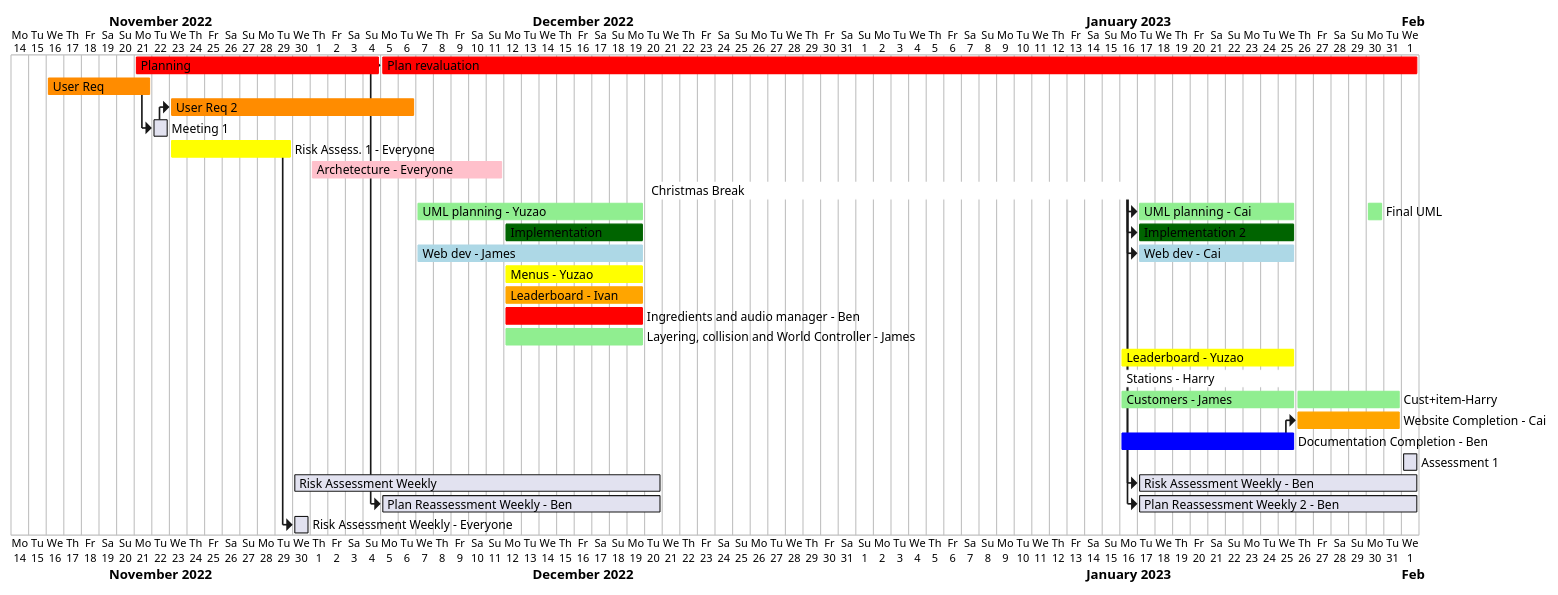
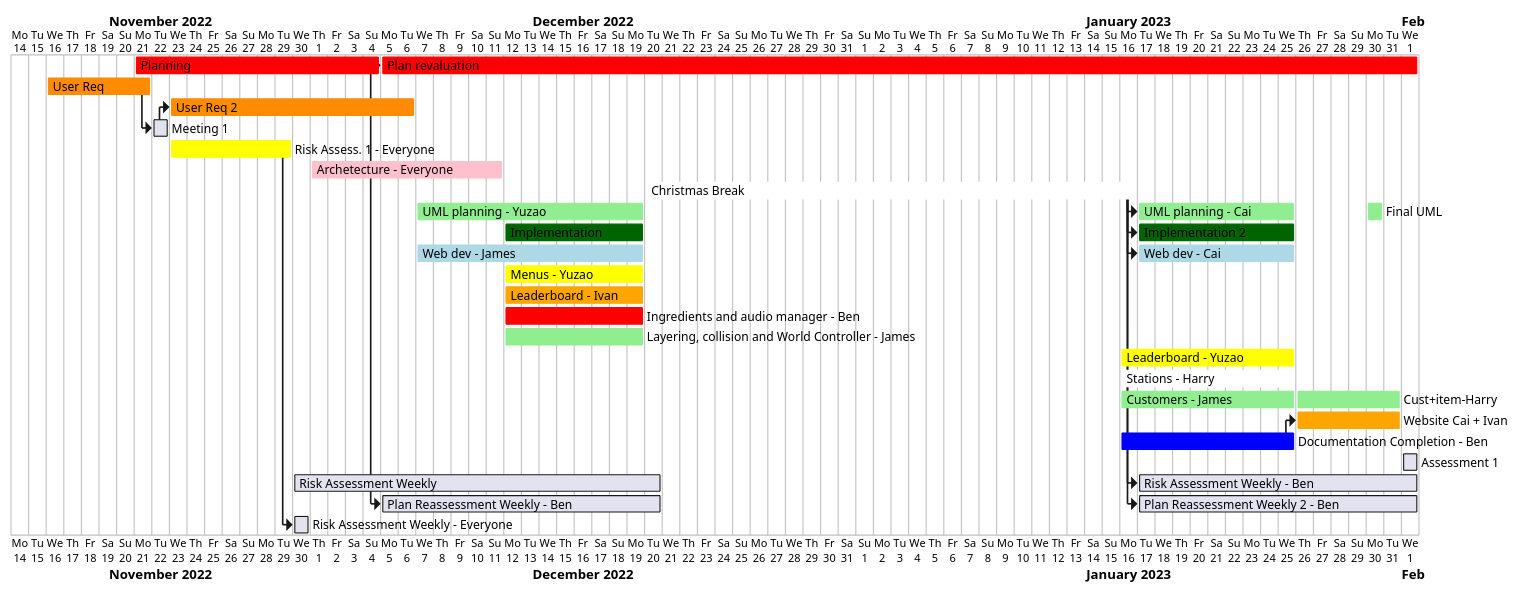
One commit to ENG1-TEAM3/project_eng1_team3 changed the diagram in gantts/gantt_chart_v1.4.puml. Above: the diagram before and after it, drawn with PlantUML. The commit also changed 3 other files, not shown here.

```diff
--- a/gantts/gantt_chart_v1.4.puml
+++ b/gantts/gantt_chart_v1.4.puml
@@ -1,79 +1,79 @@
 @startgantt
 
 Project starts 2022-11-14
 
 [Planning] starts 2022-11-21 and ends 2022-12-04
 
 [User Req] starts 2022-11-16 and ends 2022-11-21
 [User Req 2] starts 2022-11-23 and ends 2022-12-06
 
 [Meeting 1] starts at [User Req]'s end
 [User Req 2] starts at [Meeting 1]'s end
 
 [Risk Assess. 1 - Everyone] starts 2022-11-23 and ends 2022-11-29
 
 [Archetecture - Everyone] starts 2022-12-01 and ends 2022-12-11 and is colored in Pink
 
 [Christmas Break] starts 2022-12-20 and ends 2023-01-16 and is colored in White
 
 [UML planning - Yuzao] starts 2022-12-07 and ends 2022-12-19
 [Implementation] starts 2022-12-12 and ends 2022-12-19
 [Web dev - James] starts 2022-12-07 and ends 2022-12-19
 
 [Menus - Yuzao] starts 2022-12-12 and ends 2022-12-19 and is colored in Yellow
 [Leaderboard - Ivan] starts 2022-12-12 and ends 2022-12-19 and is colored in Orange
 [Ingredients and audio manager - Ben] starts 2022-12-12 and ends 2022-12-19 and is colored in Red
 [Layering, collision and World Controller - James] starts 2022-12-12 and ends 2022-12-19 and is colored in LightGreen
 
 
 [Leaderboard - Yuzao] starts 2023-01-16 and ends 2023-01-25 and is colored in yellow
 
 [Stations - Harry] starts 2023-01-16 and ends 2023-01-25 and is colored in Lilac
 [Customers - James] starts 2023-01-16 and ends 2023-01-25 and is colored in LightGreen
 [Cust+item-Harry] starts 2023-01-26 and ends 2023-01-31 and displays on same row as [Customers - James]
 [Cust+item-Harry] is colored in lightGreen
 
-[Website Completion - Cai] lasts 6 days
+[Website Cai + Ivan] lasts 6 days
 [Documentation Completion - Ben] lasts 10 days
 
-[Website Completion - Cai] starts 2023-01-24
+[Website Cai + Ivan] starts 2023-01-24
 [Documentation Completion - Ben] starts 2023-01-16
 [Assessment 1] starts 2023-02-01
 
 
 [Web dev - Cai] starts at [Christmas Break]'s end and ends 2023-01-25 and displays on same row as [Web dev - James]
 [UML planning - Cai] starts at [Christmas Break]'s end and ends 2023-01-25 and displays on same row as [UML planning - Yuzao]
 [Implementation 2] starts at [Christmas Break]'s end and ends 2023-01-25 and displays on same row as [Implementation]
 [Plan revaluation] starts at [Planning]'s end and displays on same row as [Planning]
 [Plan revaluation] ends 2023-02-01
 [Plan revaluation] is colored in red
 
-[Website Completion - Cai] starts at [Documentation Completion - Ben]'s end
+[Website Cai + Ivan] starts at [Documentation Completion - Ben]'s end
 [Final UML] starts 2023-01-30 and displays on same row as [UML planning - Cai]
 [Risk Assessment Weekly] starts 2022-11-30 and ends 2022-12-20
 [Plan Reassessment Weekly - Ben] starts 2022-12-05 and ends 2022-12-20
 
 [Risk Assessment Weekly - Ben] starts at [Christmas Break]'s end and ends 2023-02-01 and displays on same row as [Risk Assessment Weekly]
 [Plan Reassessment Weekly 2 - Ben] starts at [Christmas Break]'s end and ends 2023-02-01 and displays on same row as [Plan Reassessment Weekly - Ben]
 
 [Risk Assessment Weekly - Everyone] starts at [Risk Assess. 1 - Everyone]'s end
 [Plan Reassessment Weekly - Ben] starts at [Planning]'s end
 
-[Website Completion - Cai] is colored in Orange
+[Website Cai + Ivan] is colored in Orange
 [Documentation Completion - Ben] is colored in Blue
 [Planning] is colored in Red
 [Risk Assess. 1 - Everyone] is colored in Yellow
 [Final UML] is colored in lightGreen
 
 [Web dev - Cai] is colored in LightBlue
 [UML planning - Cai] is colored in LightGreen
 [Web dev - James] is colored in LightBlue
 [UML planning - Yuzao] is colored in LightGreen
 [Implementation] is colored in DarkGreen
 [Implementation 2] is colored in DarkGreen
 
 [User Req] is colored in DarkOrange
 [User Req 2] is colored in DarkOrange
 
 
 @endgantt
```
